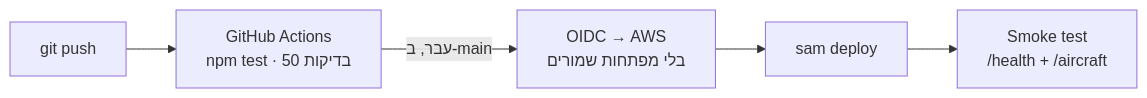
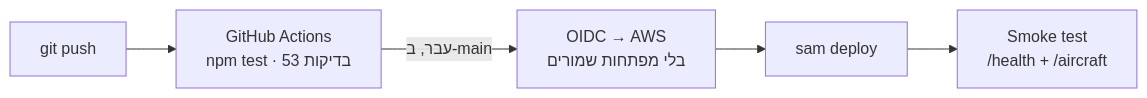
One commit to ackerme/natbag-monitor changed the second of 2 diagrams in README.md. Above: the diagram before and after it, drawn with Mermaid. The commit also changed other lines of this file and 2 other files, not shown here.

````diff
--- a/README.md
+++ b/README.md
@@ -53,7 +53,7 @@
 ```mermaid
 flowchart LR
-    D[git push] --> T[GitHub Actions<br/>npm test · 50 בדיקות]
+    D[git push] --> T[GitHub Actions<br/>npm test · 53 בדיקות]
     T -->|עבר, ב-main| O[OIDC → AWS<br/>בלי מפתחות שמורים]
     O --> S[sam deploy]
     S --> H[Smoke test<br/>/health + /aircraft]
 ```
````
